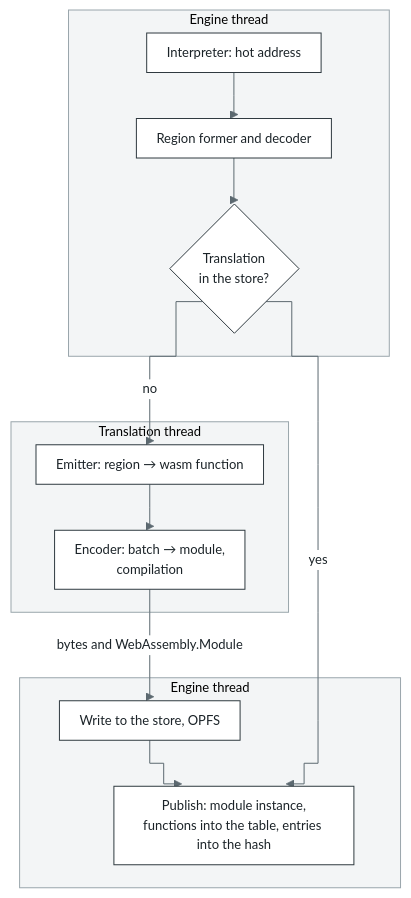
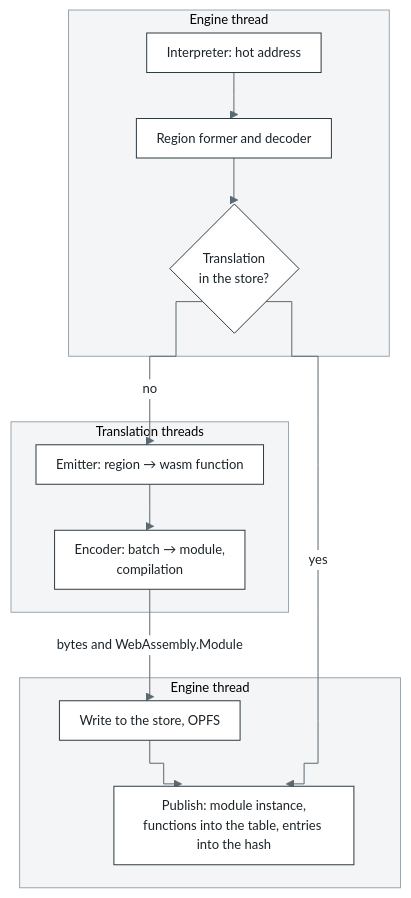
The fourth of 12 diagrams in docs/architecture.md (bottlify/bottlify), drawn with Mermaid before and after one commit. The commit also changed other lines of this file and 13 other files, not shown here.

````diff
--- a/docs/architecture.md
+++ b/docs/architecture.md
@@ -326,23 +327,23 @@
 ```mermaid
 %%{init: {"theme": "base", "flowchart": {"curve": "step", "nodeSpacing": 30, "rankSpacing": 46, "padding": 10}, "themeVariables": {"fontFamily": "Inter, Segoe UI, Helvetica, Arial, sans-serif", "fontSize": "13px", "primaryColor": "#FFFFFF", "primaryBorderColor": "#2F3A40", "primaryTextColor": "#1B2328", "lineColor": "#5C6970", "clusterBkg": "#F3F5F6", "clusterBorder": "#9AA6AC", "edgeLabelBackground": "#FFFFFF"}}}%%
 flowchart TB
   subgraph E1["Engine thread"]
     HOT["Interpreter: hot address"]
     REG["Region former and decoder"]
     Q{"Translation<br/>in the store?"}
   end
-  subgraph TW["Translation thread"]
+  subgraph TW["Translation threads"]
     EMI["Emitter: region → wasm function"]
     ENC["Encoder: batch → module,<br/>compilation"]
   end
   subgraph E2["Engine thread"]
     PUT["Write to the store, OPFS"]
     PUB["Publish: module instance,<br/>functions into the table, entries into the hash"]
   end
   HOT --> REG --> Q
   Q -->|"no"| EMI
   EMI --> ENC
   ENC -->|"bytes and WebAssembly.Module"| PUT
   PUT --> PUB
   Q -->|"yes"| PUB
 ```
````
